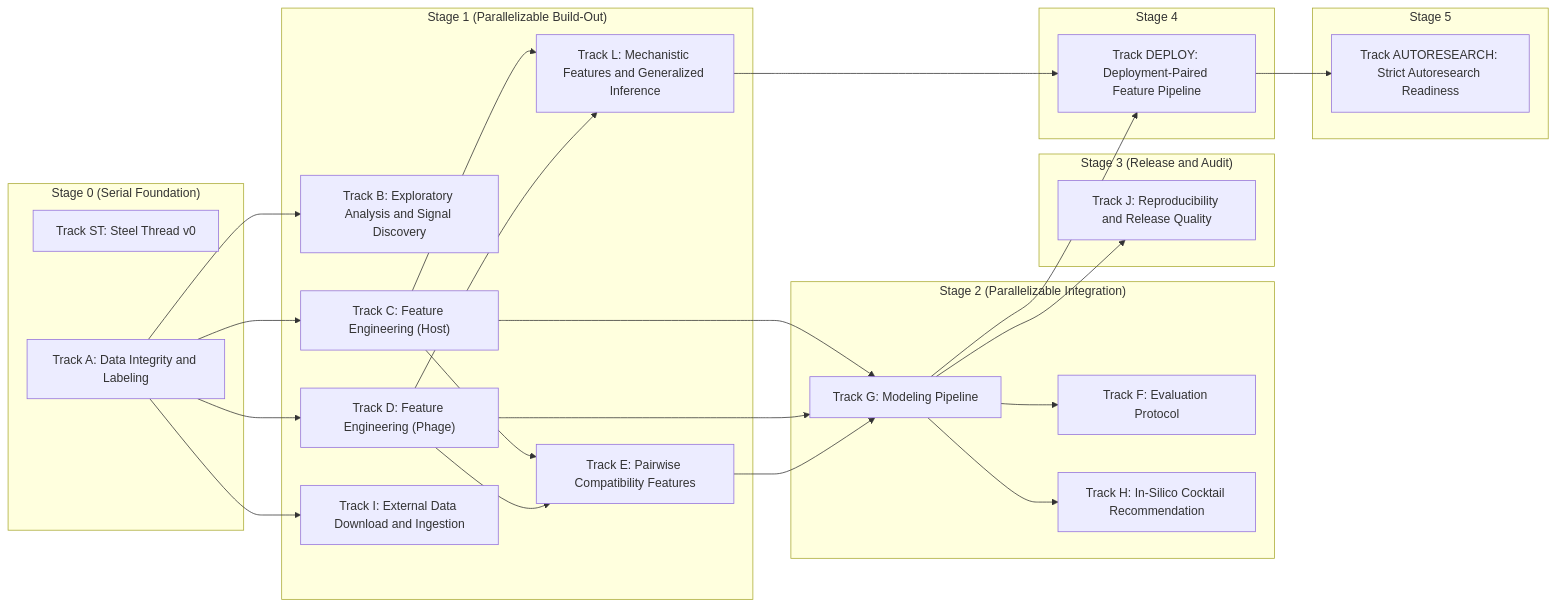
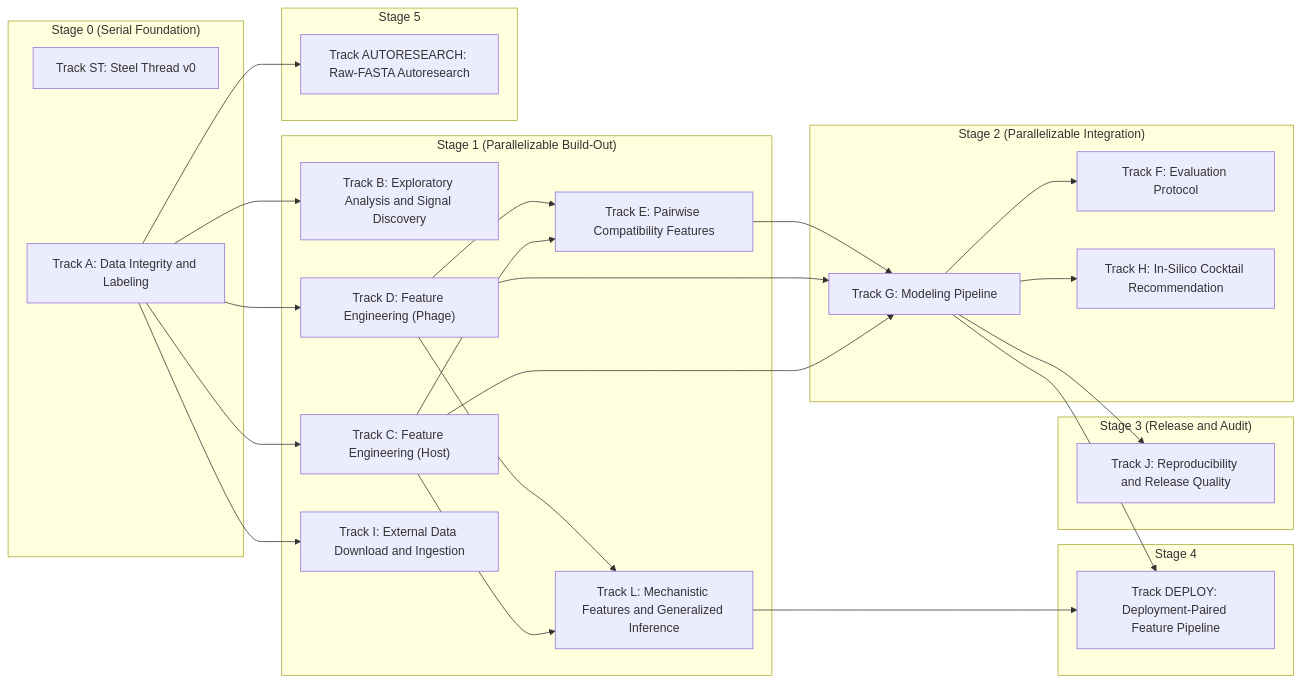
One commit to LorenaDerezanin/coli_phage_interactions_2023 changed the diagram in lyzortx/research_notes/PLAN.md. Above: the diagram before and after it, drawn with Mermaid. The commit also changed other lines of this file and 4 other files, not shown here.

Commit message:
Replan AUTORESEARCH around raw FASTA inputs

````diff
--- a/lyzortx/research_notes/PLAN.md
+++ b/lyzortx/research_notes/PLAN.md
@@ -7,52 +7,52 @@
 ```mermaid
 graph LR
   subgraph s0["Stage 0 (Serial Foundation)"]
     tst["Track ST: Steel Thread v0"]
     ta["Track A: Data Integrity and Labeling"]
   end
 
   subgraph s1["Stage 1 (Parallelizable Build-Out)"]
     tb["Track B: Exploratory Analysis and Signal Discovery"]
     tc["Track C: Feature Engineering (Host)"]
     td["Track D: Feature Engineering (Phage)"]
     te["Track E: Pairwise Compatibility Features"]
     ti["Track I: External Data Download and Ingestion"]
     tl["Track L: Mechanistic Features and Generalized Inference"]
   end
 
   subgraph s2["Stage 2 (Parallelizable Integration)"]
     tf["Track F: Evaluation Protocol"]
     tg["Track G: Modeling Pipeline"]
     th["Track H: In-Silico Cocktail Recommendation"]
   end
 
   subgraph s3["Stage 3 (Release and Audit)"]
     tj["Track J: Reproducibility and Release Quality"]
   end
 
   subgraph s4["Stage 4"]
     tdeploy["Track DEPLOY: Deployment-Paired Feature Pipeline"]
   end
 
   subgraph s5["Stage 5"]
-    tautoresearch["Track AUTORESEARCH: Strict Autoresearch Readiness"]
+    tautoresearch["Track AUTORESEARCH: Raw-FASTA Autoresearch"]
   end
 
   ta --> tb
   ta --> tc
   ta --> td
   tc --> te
   td --> te
   tg --> tf
   tc --> tg
   td --> tg
   te --> tg
   tg --> th
   ta --> ti
   tc --> tl
   td --> tl
   tg --> tj
   tl --> tdeploy
   tg --> tdeploy
-  tdeploy --> tautoresearch
+  ta --> tautoresearch
 ```
````
